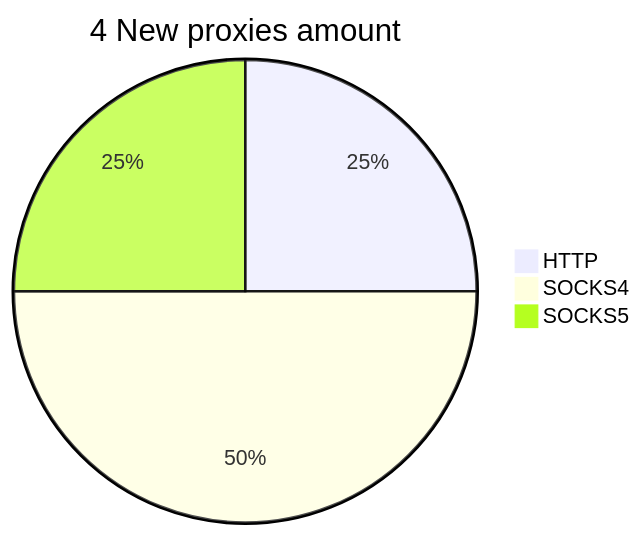
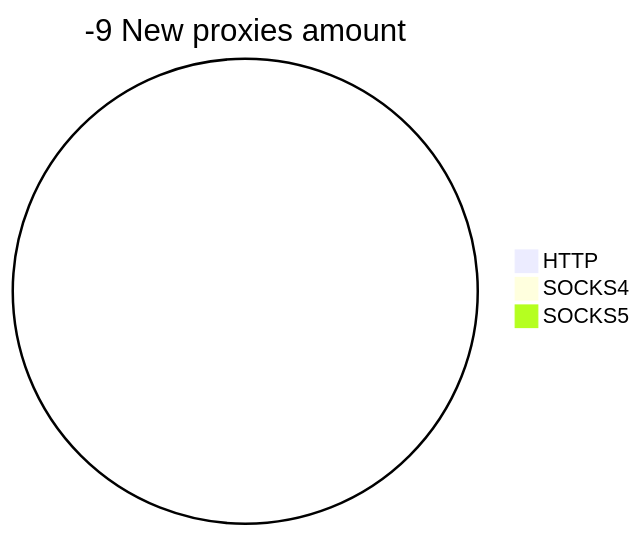
One commit to cutipu/proxylist changed the second of 2 diagrams in README.md. Above: the diagram before and after it, drawn with Mermaid. The commit also changed other lines of this file, not shown here.

````diff
--- a/README.md
+++ b/README.md
@@ -10,6 +10,6 @@
 ```mermaid
-pie title 4 New proxies amount
-    "HTTP" : 1
-    "SOCKS4" : 2
-    "SOCKS5" : 1
+pie title -9 New proxies amount
+    "HTTP" : 0
+    "SOCKS4" : 0
+    "SOCKS5" : 0
 ```
````
